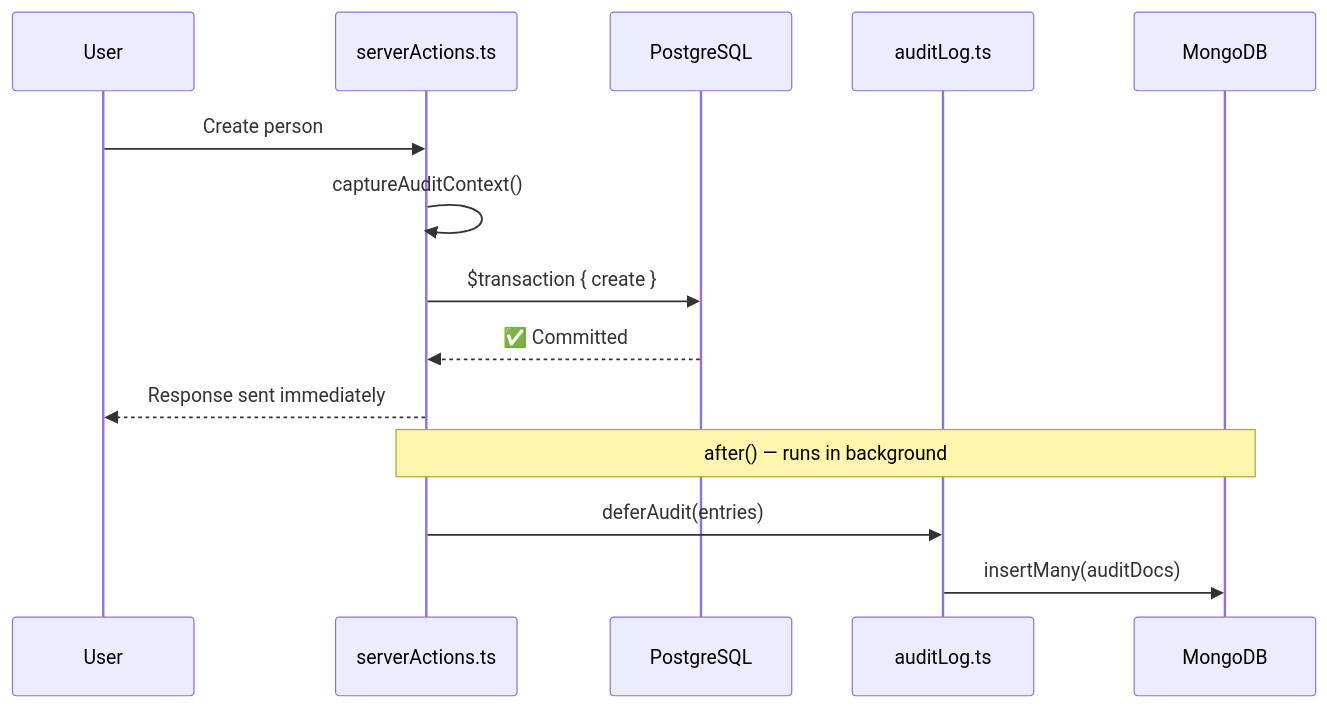
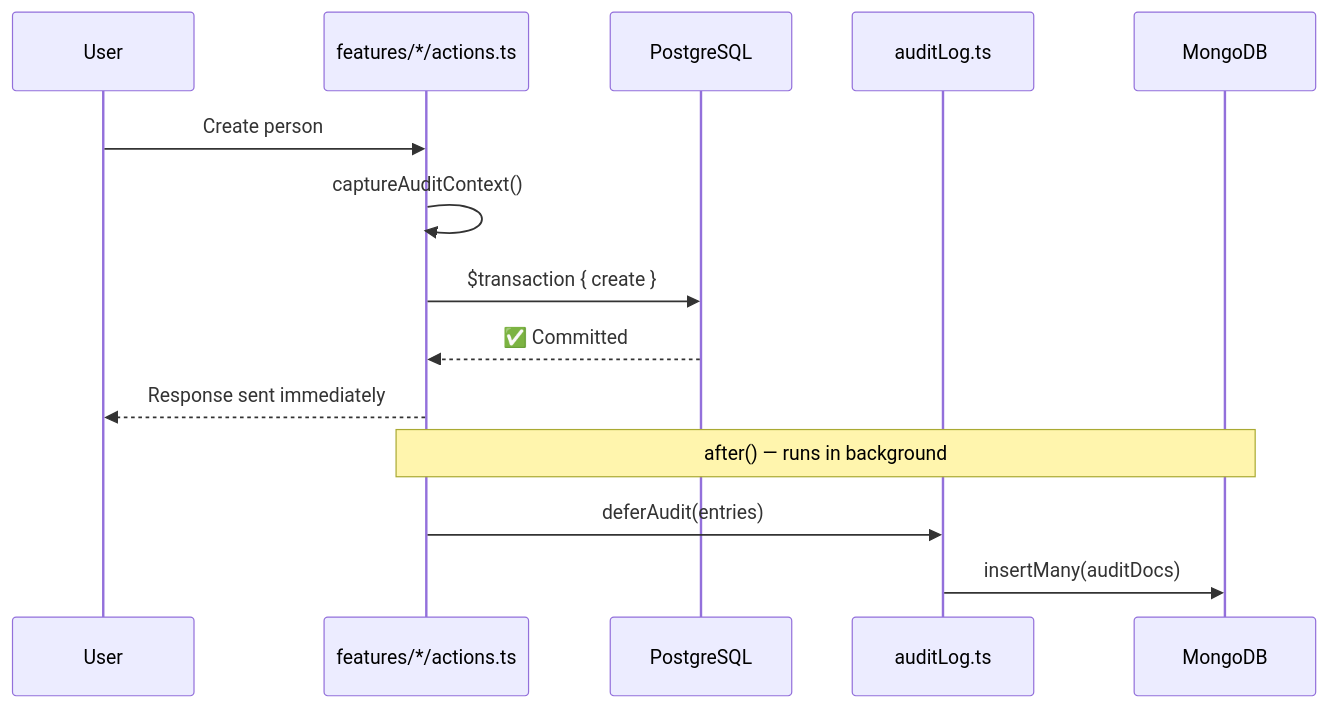
Before and after one commit to MikkoNumminen/HRManager: the first of 4 diagrams in README.md, drawn with Mermaid. The commit also changed other lines of this file, not shown here.

````diff
--- a/README.md
+++ b/README.md
@@ -42,17 +42,17 @@
 ```mermaid
 sequenceDiagram
     participant User
-    participant Server as serverActions.ts
+    participant Server as features/*/actions.ts
     participant PG as PostgreSQL
     participant Audit as auditLog.ts
     participant Mongo as MongoDB
 
     User->>Server: Create person
     Server->>Server: captureAuditContext()
     Server->>PG: $transaction { create }
     PG-->>Server: ✅ Committed
     Server-->>User: Response sent immediately
     Note over Server,Mongo: after() — runs in background
     Server->>Audit: deferAudit(entries)
     Audit->>Mongo: insertMany(auditDocs)
 ```
````
